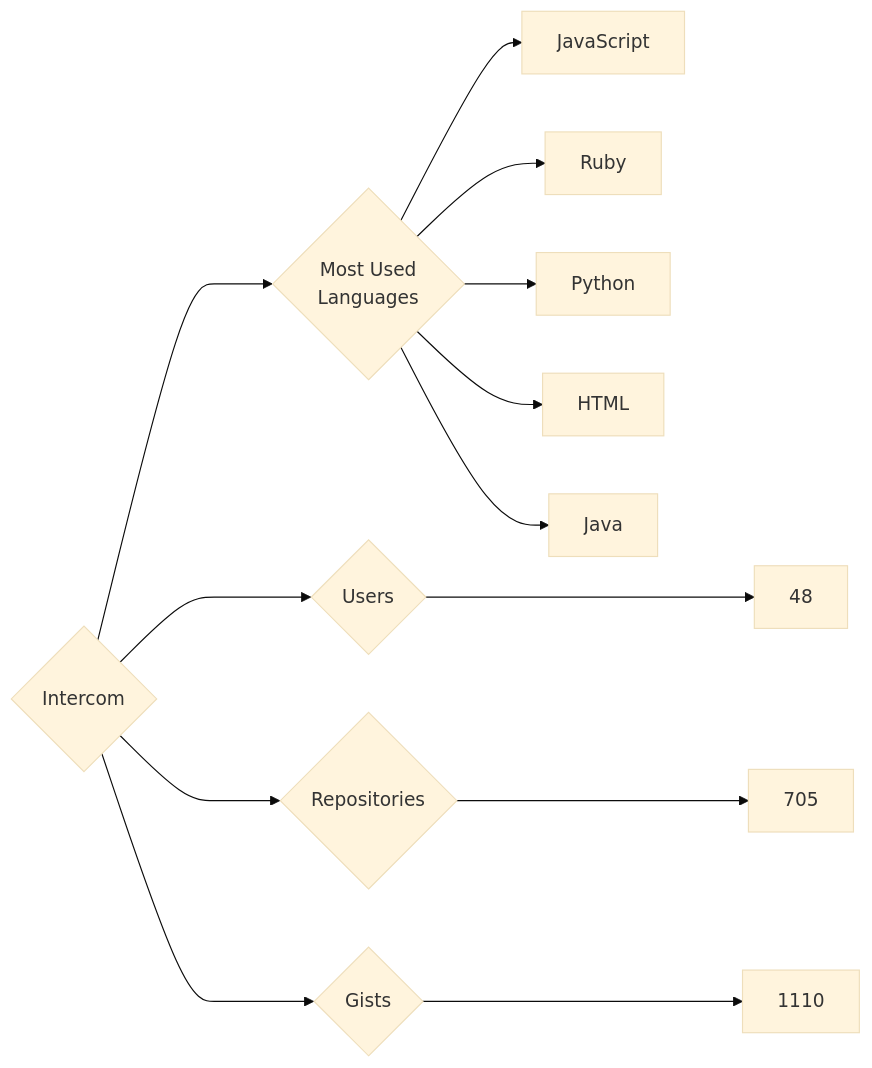
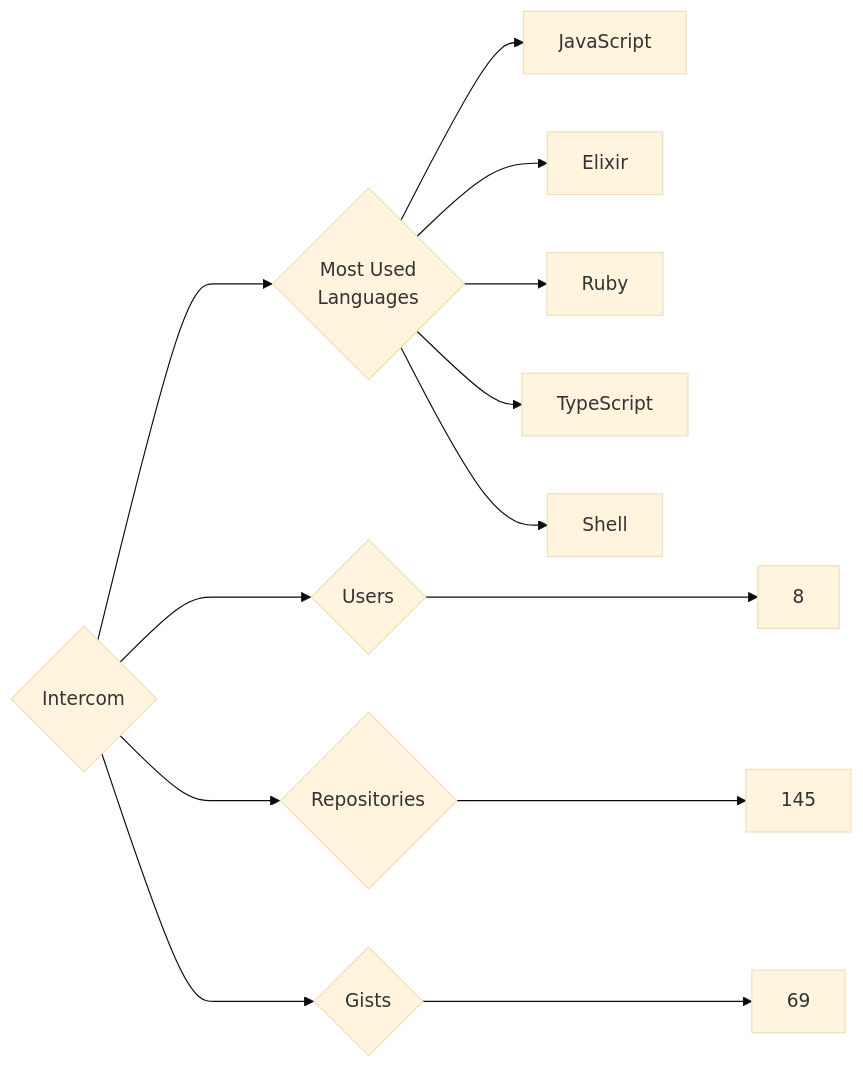
Before and after one commit to trickest/insiders: the diagram in targets/Intercom/README.md, drawn with Mermaid (base theme). The commit also changed 924 other files, not shown here.

````diff
--- a/targets/Intercom/README.md
+++ b/targets/Intercom/README.md
@@ -3,13 +3,13 @@
 ```mermaid
 graph LR
 COMPANY_NAME{Intercom}
-COMPANY_NAME ---> U{Users} ---> UN[48]
-COMPANY_NAME ---> R{Repositories} ---> RN[705]
-COMPANY_NAME ---> G{Gists} ---> GN[1110]
+COMPANY_NAME ---> U{Users} ---> UN[8]
+COMPANY_NAME ---> R{Repositories} ---> RN[145]
+COMPANY_NAME ---> G{Gists} ---> GN[69]
 COMPANY_NAME ---> ML{Most Used<br>Languages}
 ML --> JavaScript[JavaScript]
+ML --> Elixir[Elixir]
 ML --> Ruby[Ruby]
-ML --> Python[Python]
-ML --> HTML[HTML]
-ML --> Java[Java]
+ML --> TypeScript[TypeScript]
+ML --> Shell[Shell]
 ```
````
